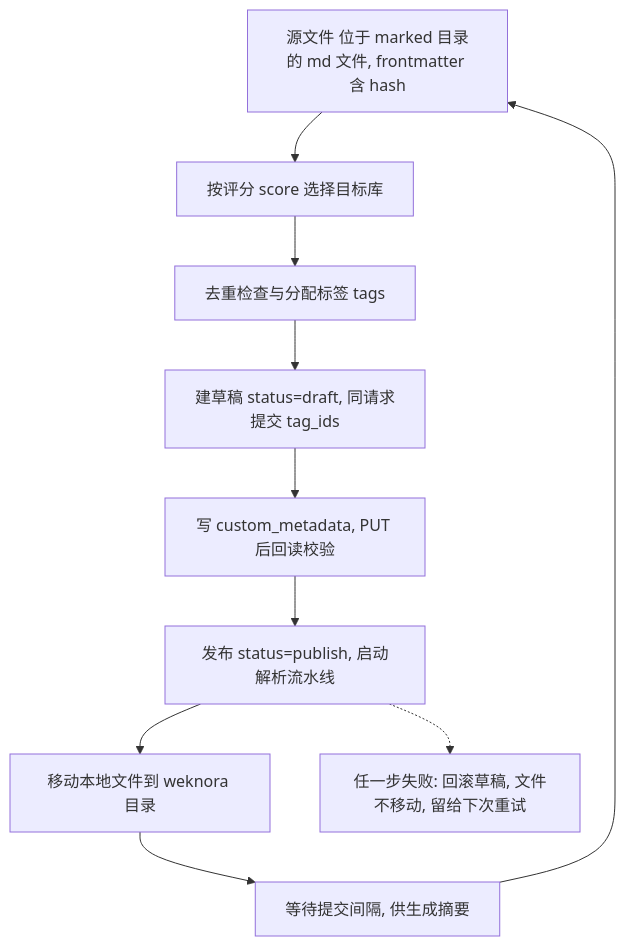
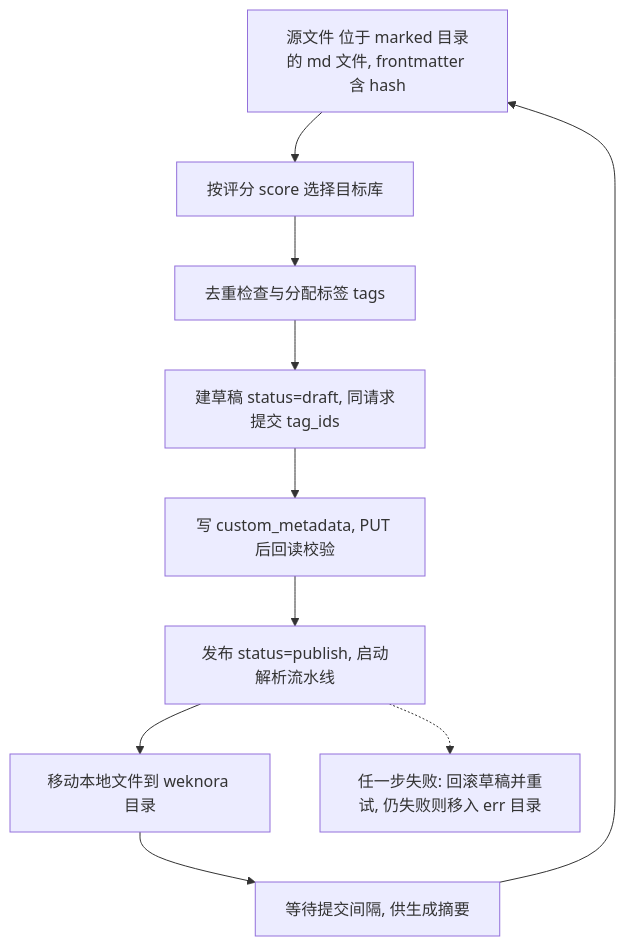
Before and after one commit to bruce1977/knot: the diagram in SKILL.md, drawn with Mermaid. The commit also changed other lines of this file and 6 other files, not shown here.

````diff
--- a/SKILL.md
+++ b/SKILL.md
@@ -348,12 +355,12 @@
 ```mermaid
 graph TD
     S[源文件 位于 marked 目录的 md 文件, frontmatter 含 hash] --> A[按评分 score 选择目标库]
     A --> T[去重检查与分配标签 tags]
     T --> D[建草稿 status=draft, 同请求提交 tag_ids]
     D --> M[写 custom_metadata, PUT 后回读校验]
     M --> P[发布 status=publish, 启动解析流水线]
     P --> F[移动本地文件到 weknora 目录]
     F --> W[等待提交间隔, 供生成摘要]
     W --> S
-    P -.-> E[任一步失败: 回滚草稿, 文件不移动, 留给下次重试]
+    P -.-> E[任一步失败: 回滚草稿并重试, 仍失败则移入 err 目录]
 ```
````
